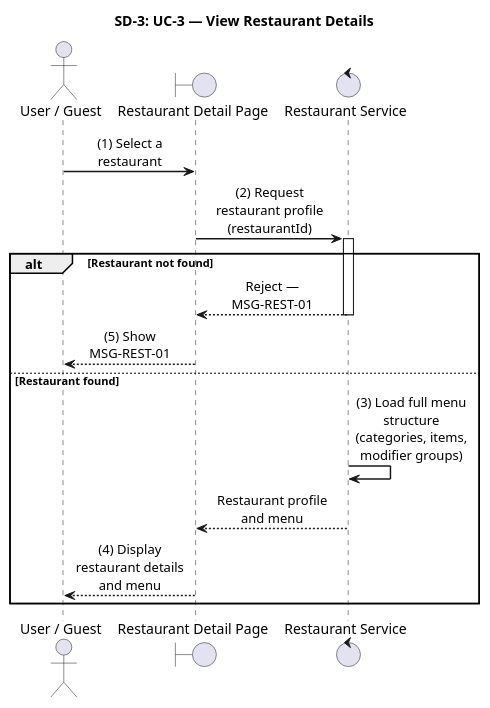
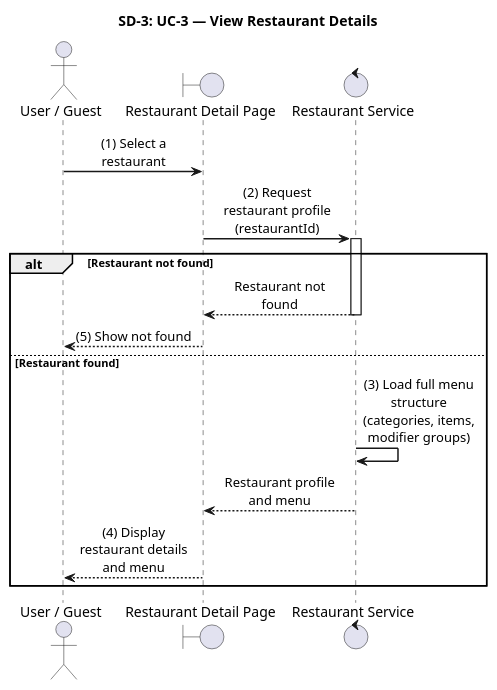
One commit to luubinhdeptrai/Food_Delivery changed the third of 35 diagrams in apps/api/docs/Final_Documents/SRS_SequenceDiagrams.md. Above: the diagram before and after it, drawn with PlantUML. The commit also changed other lines of this file, not shown here.

Commit message:
complete sequence diagram

````diff
--- a/apps/api/docs/Final_Documents/SRS_SequenceDiagrams.md
+++ b/apps/api/docs/Final_Documents/SRS_SequenceDiagrams.md
@@ -189,36 +198,36 @@
 ```plantuml
 @startuml SD-3_ViewRestaurantDetails
 
 skinparam shadowing false
 skinparam sequenceMessageAlign center
 skinparam responseMessageBelowArrow true
 skinparam maxMessageSize 120
 skinparam sequenceArrowThickness 1.5
 skinparam ParticipantPadding 20
 skinparam BoxPadding 10
 
 title SD-3: UC-3 — View Restaurant Details
 
 actor "User / Guest" as Actor
 boundary "Restaurant Detail Page" as UI
 control "Restaurant Service" as RestSvc
 
 autonumber stop
 
 Actor -> UI : (1) Select a restaurant
 UI -> RestSvc : (2) Request restaurant profile (restaurantId)
 activate RestSvc
 
 alt Restaurant not found
-    RestSvc --> UI : Reject — MSG-REST-01
+    RestSvc --> UI : Restaurant not found
     deactivate RestSvc
-    UI --> Actor : (5) Show MSG-REST-01
+    UI --> Actor : (5) Show not found
 else Restaurant found
     RestSvc -> RestSvc : (3) Load full menu structure\n(categories, items, modifier groups)
     RestSvc --> UI : Restaurant profile and menu
     deactivate RestSvc
     UI --> Actor : (4) Display restaurant details and menu
 end
 
 @enduml
 ```
````
